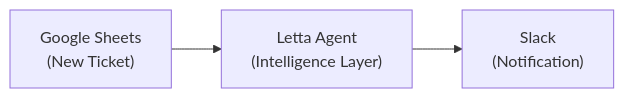
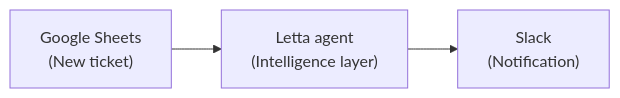
The diagram in fern/pages/cookbooks/zapier.mdx (ritza-co/letta-repo), drawn with Mermaid before and after one commit. The commit also changed other lines of this file, not shown here.

Commit message:
Connecting Zapier and Letta

````diff
--- a/fern/pages/cookbooks/zapier.mdx
+++ b/fern/pages/cookbooks/zapier.mdx
@@ -13,4 +13,4 @@
 ```mermaid
 graph LR
-    A["Google Sheets<br/>(New Ticket)"] --> B["Letta Agent<br/>(Intelligence Layer)"] --> C["Slack<br/>(Notification)"]
+    A["Google Sheets<br/>(New ticket)"] --> B["Letta agent<br/>(Intelligence layer)"] --> C["Slack<br/>(Notification)"]
 ```
````
